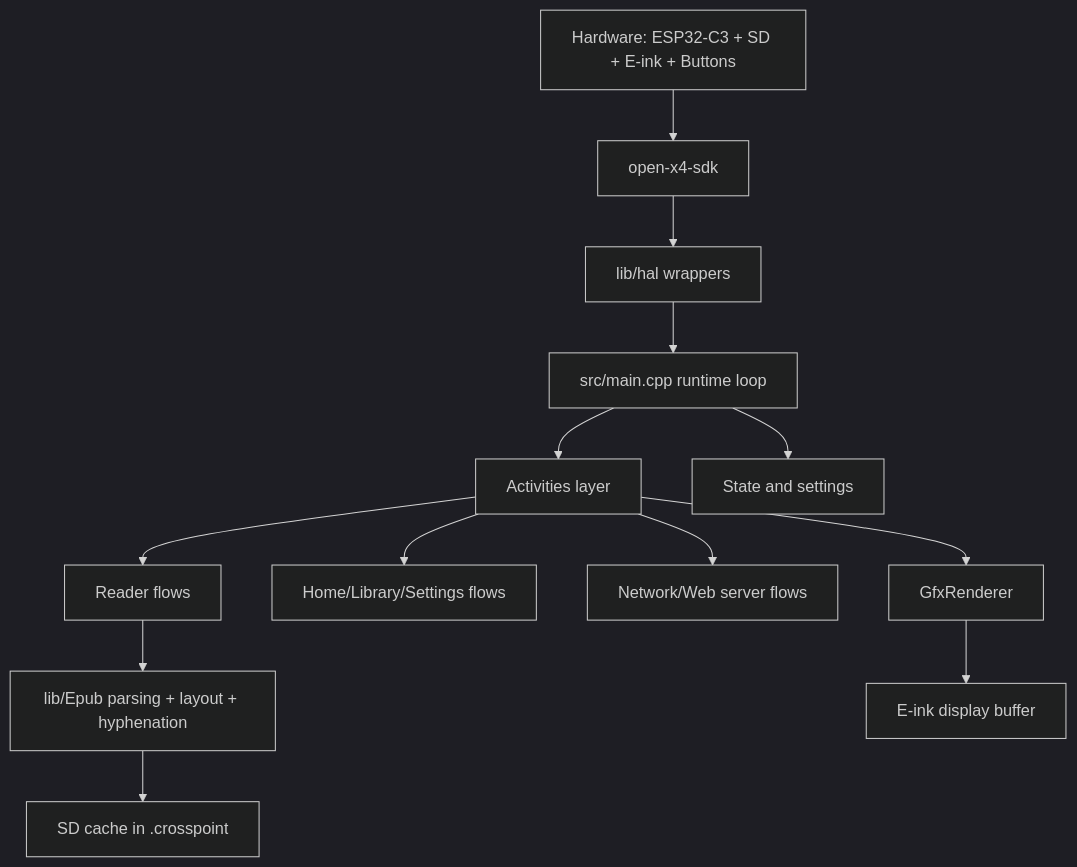
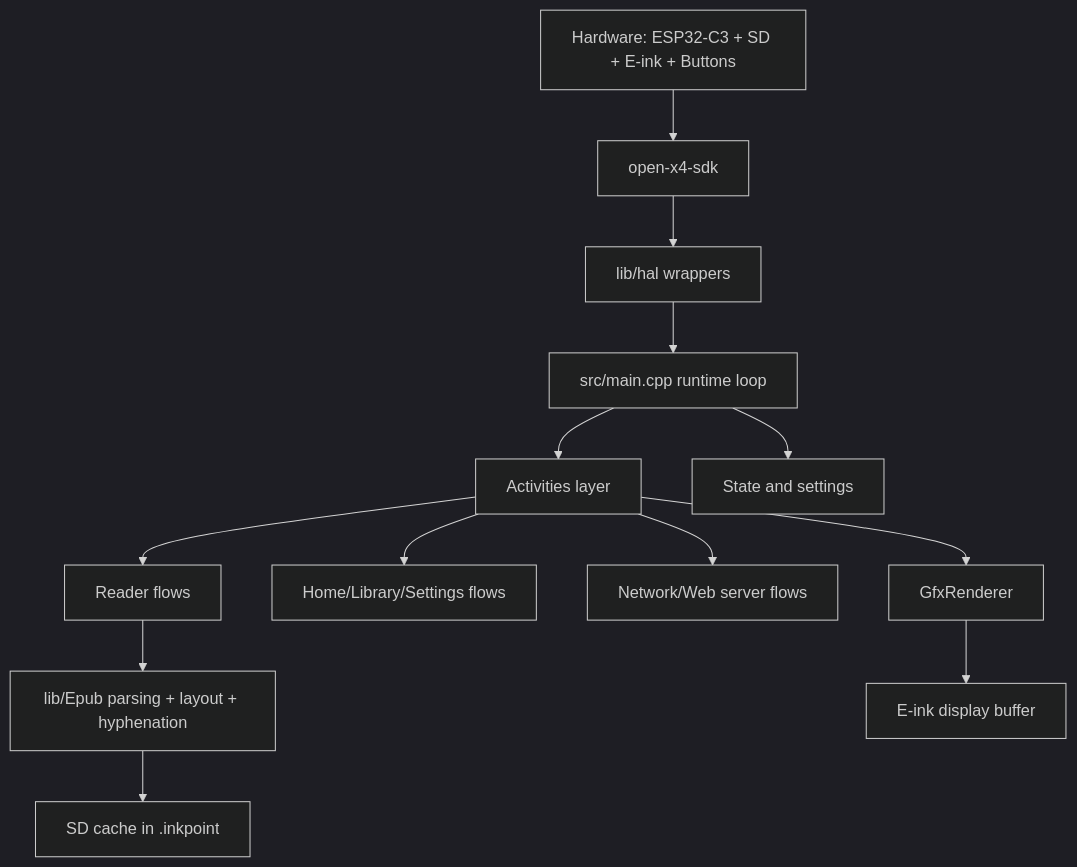
One commit to hudsonbrendon/crosspoint-reader changed the first of 4 diagrams in docs/contributing/architecture.md. Above: the diagram before and after it, drawn with Mermaid (dark theme). The commit also changed other lines of this file and 147 other files, not shown here.

````diff
--- a/docs/contributing/architecture.md
+++ b/docs/contributing/architecture.md
@@ -9,15 +9,15 @@
 ```mermaid
 graph TD
     A[Hardware: ESP32-C3 + SD + E-ink + Buttons] --> B[open-x4-sdk]
     B --> C[lib/hal wrappers]
     C --> D[src/main.cpp runtime loop]
     D --> E[Activities layer]
     D --> F[State and settings]
     E --> G[Reader flows]
     E --> H[Home/Library/Settings flows]
     E --> I[Network/Web server flows]
     G --> J[lib/Epub parsing + layout + hyphenation]
-    J --> K[SD cache in .crosspoint]
+    J --> K[SD cache in .inkpoint]
     E --> L[GfxRenderer]
     L --> M[E-ink display buffer]
 ```
````
